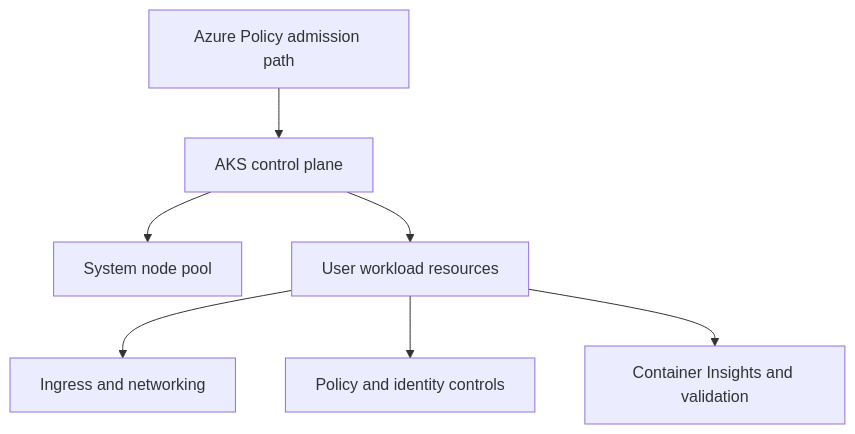
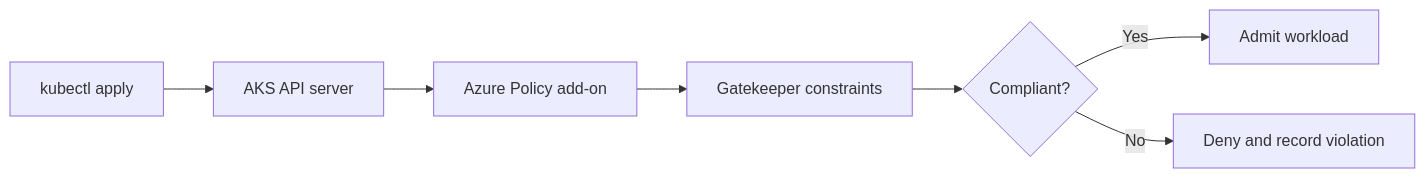
Before and after one commit to yeongseon/azure-kubernetes-service-practical-guide: the diagram in docs/tutorials/lab-guides/lab-04-azure-policy-for-aks.md, drawn with Mermaid. The commit also changed other lines of this file and 66 other files, not shown here.

First line of the commit message:
feat: add MSLearn source attribution to all 69 mermaid diagrams

````diff
--- a/docs/tutorials/lab-guides/lab-04-azure-policy-for-aks.md
+++ b/docs/tutorials/lab-guides/lab-04-azure-policy-for-aks.md
@@ -20,9 +35,9 @@
 ```mermaid
-flowchart TD
-    A[Azure Policy admission path] --> B[AKS control plane]
-    B --> C[System node pool]
-    B --> D[User workload resources]
-    D --> E[Ingress and networking]
-    D --> F[Policy and identity controls]
-    D --> G[Container Insights and validation]
+flowchart LR
+    DEV[kubectl apply] --> API[AKS API server]
+    API --> POLICY[Azure Policy add-on]
+    POLICY --> GATEKEEPER[Gatekeeper constraints]
+    GATEKEEPER --> DECISION{Compliant?}
+    DECISION -->|Yes| ADMIT[Admit workload]
+    DECISION -->|No| DENY[Deny and record violation]
 ```
````
